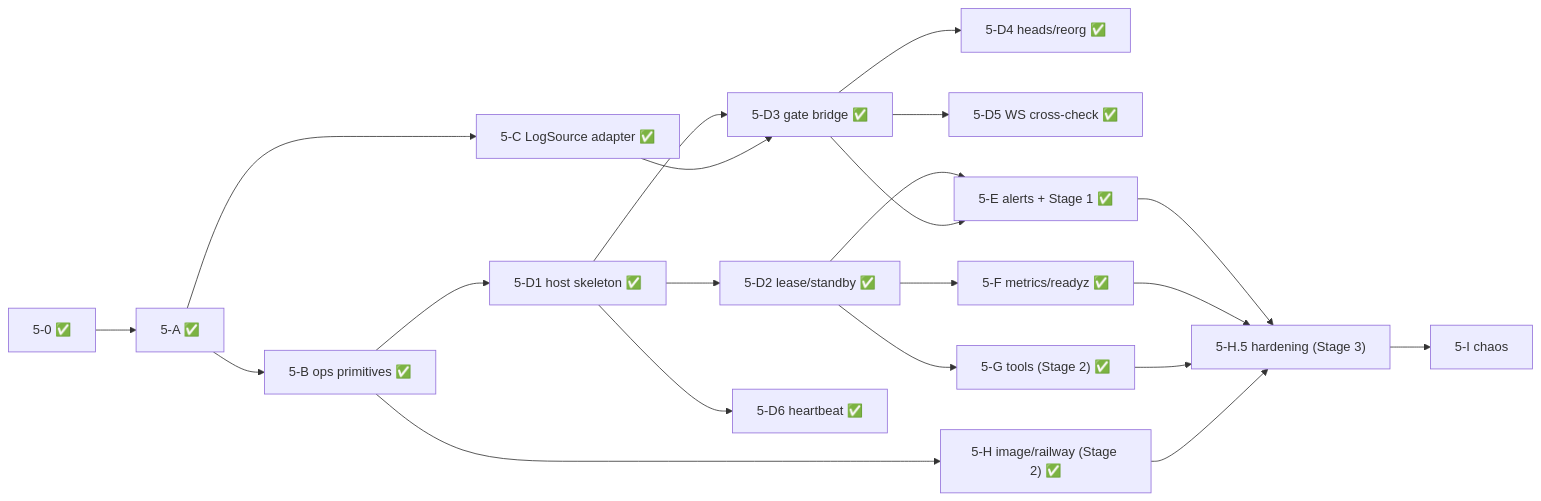
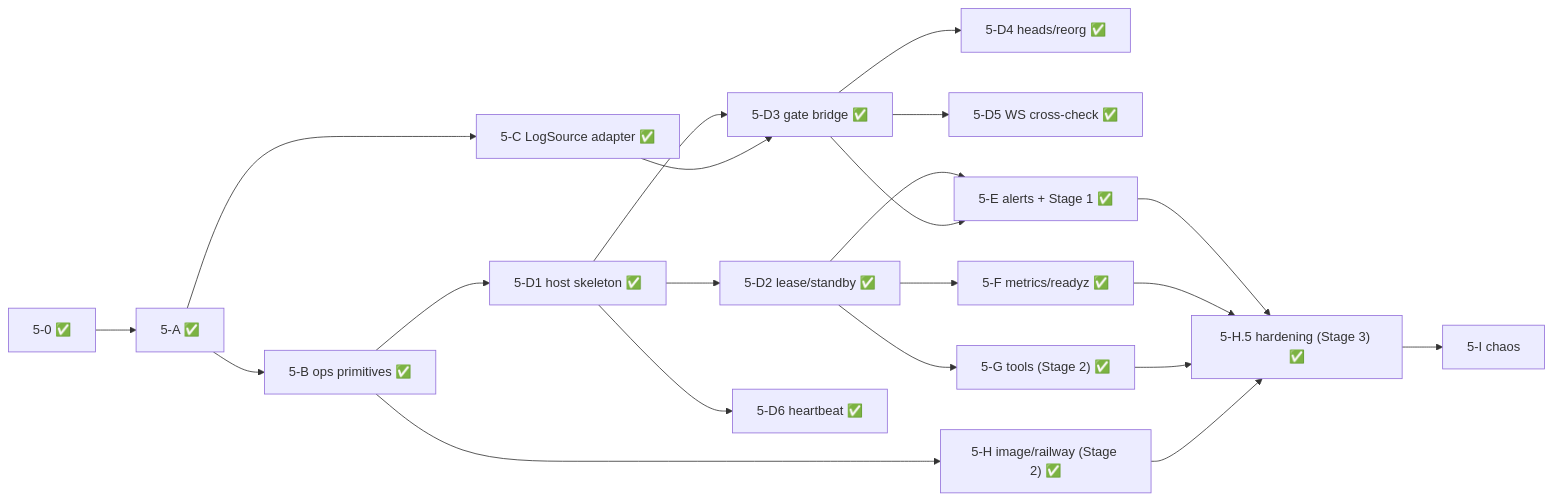
One commit to groai-fi/evm_cpp_listener changed the diagram in doc/implmentation_plans/90_phase5_readiness_and_tasks.md. Above: the diagram before and after it, drawn with Mermaid. The commit also changed other lines of this file and 1 other file, not shown here.

First line of the commit message:
docs(plan): record Slice 5-H.5 pre-chaos hardening results in plans 60 and 90

````diff
--- a/doc/implmentation_plans/90_phase5_readiness_and_tasks.md
+++ b/doc/implmentation_plans/90_phase5_readiness_and_tasks.md
@@ -184,23 +184,23 @@
 ```mermaid
 graph LR
   P0["5-0 ✅"] --> A["5-A ✅"]
   A --> B["5-B ops primitives ✅"]
   A --> C["5-C LogSource adapter ✅"]
   B --> D1["5-D1 host skeleton ✅"]
   D1 --> D2["5-D2 lease/standby ✅"]
   D1 --> D3["5-D3 gate bridge ✅"]
   C --> D3
   D3 --> D4["5-D4 heads/reorg ✅"]
   D3 --> D5["5-D5 WS cross-check ✅"]
   D1 --> D6["5-D6 heartbeat ✅"]
   D2 --> E["5-E alerts + Stage 1 ✅"]
   D3 --> E
   D2 --> F["5-F metrics/readyz ✅"]
   D2 --> G["5-G tools (Stage 2) ✅"]
   B --> H["5-H image/railway (Stage 2) ✅"]
-  E --> H5["5-H.5 hardening (Stage 3)"]
+  E --> H5["5-H.5 hardening (Stage 3) ✅"]
   F --> H5
   G --> H5
   H --> H5
   H5 --> I["5-I chaos"]
 ```
````
